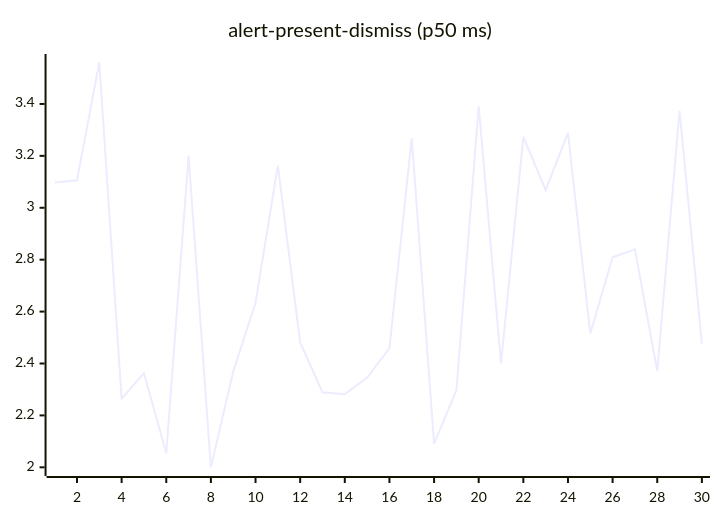
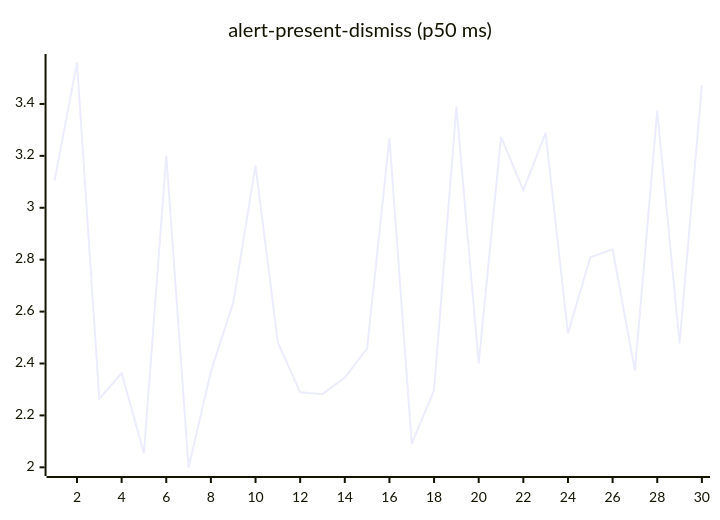
The second of 27 diagrams in README.md (josha/Facet), drawn with Mermaid before and after one commit. The commit also changed other lines of this file and 2 other files, not shown here.

````diff
--- a/README.md
+++ b/README.md
@@ -70,6 +70,6 @@
 ```mermaid
 xychart-beta
     title "alert-present-dismiss (p50 ms)"
     x-axis 1 --> 30
-    line [3.0970, 3.1061, 3.5597, 2.2642, 2.3626, 2.0543, 3.2013, 1.9993, 2.3689, 2.6340, 3.1626, 2.4814, 2.2888, 2.2819, 2.3455, 2.4588, 3.2682, 2.0908, 2.2965, 3.3910, 2.4000, 3.2732, 3.0684, 3.2888, 2.5156, 2.8095, 2.8395, 2.3714, 3.3741, 2.4770]
+    line [3.1061, 3.5597, 2.2642, 2.3626, 2.0543, 3.2013, 1.9993, 2.3689, 2.6340, 3.1626, 2.4814, 2.2888, 2.2819, 2.3455, 2.4588, 3.2682, 2.0908, 2.2965, 3.3910, 2.4000, 3.2732, 3.0684, 3.2888, 2.5156, 2.8095, 2.8395, 2.3714, 3.3741, 2.4770, 3.4723]
 ```
````
